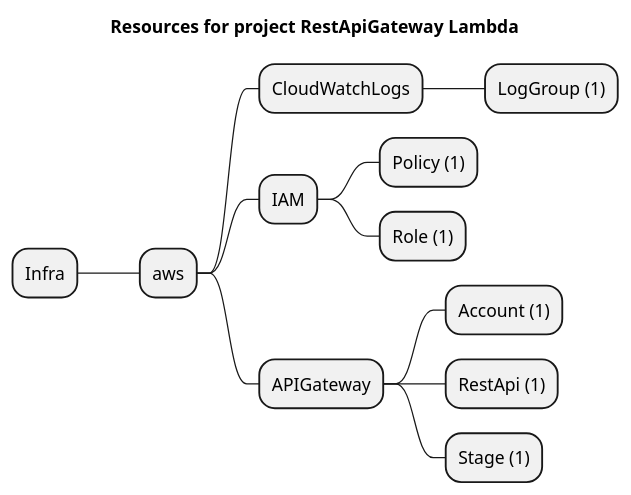
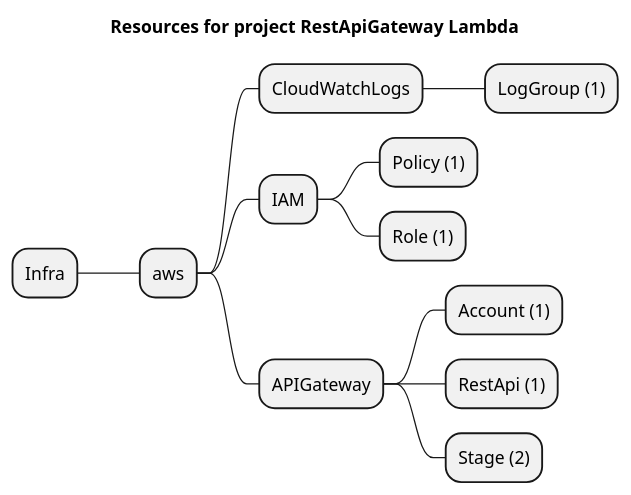
The diagram in examples/aws/api-gateway/restapi-lambda/artifacts/resources-mindmap.puml (grucloud/grucloud), drawn with PlantUML before and after one commit. The commit also changed 19 other files, not shown here.

```diff
--- a/examples/aws/api-gateway/restapi-lambda/artifacts/resources-mindmap.puml
+++ b/examples/aws/api-gateway/restapi-lambda/artifacts/resources-mindmap.puml
@@ -1,15 +1,15 @@
 @startmindmap
 title Resources for project RestApiGateway Lambda
 skinparam monochrome true
 + Infra
 ++ aws
 +++ CloudWatchLogs
 ++++ LogGroup (1)
 +++ IAM
 ++++ Policy (1)
 ++++ Role (1)
 +++ APIGateway
 ++++ Account (1)
 ++++ RestApi (1)
-++++ Stage (1)
+++++ Stage (2)
 @endmindmap
```
